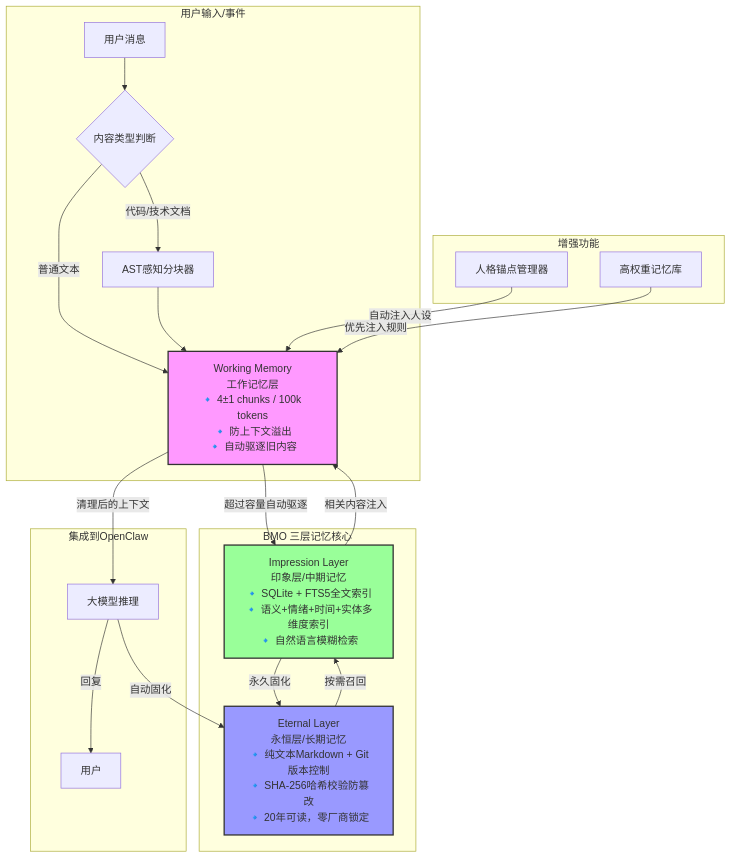
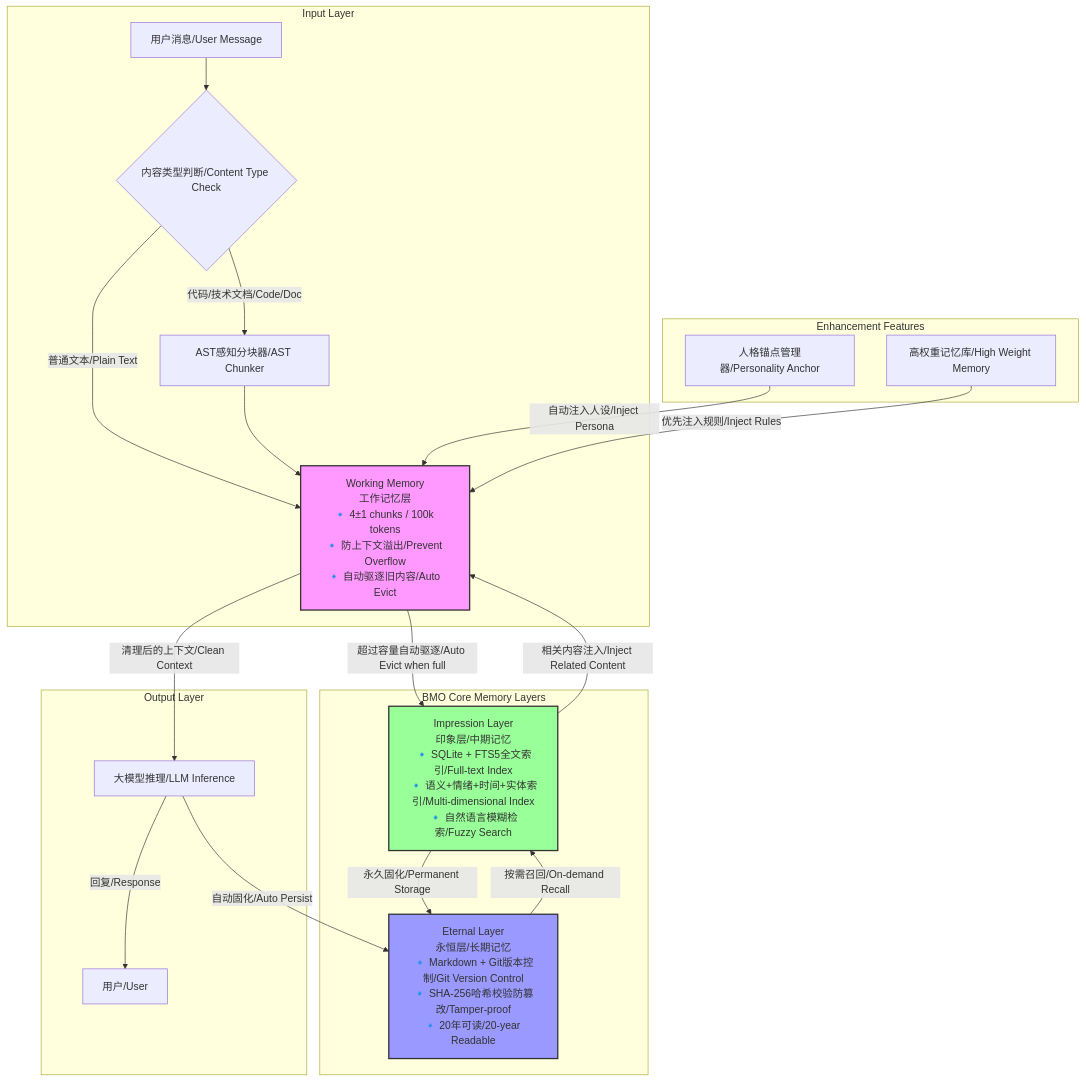
Before and after one commit to sllackking/bio-memory-os: the diagram in README.md, drawn with Mermaid. The commit also changed other lines of this file, not shown here.

Commit message:
docs: 全文档中英双语化 | Full bilingual support for all content

````diff
--- a/README.md
+++ b/README.md
@@ -21,32 +34,32 @@
 ```mermaid
 flowchart TD
-    subgraph 输入层 [用户输入/事件]
-        A[用户消息] --> B{内容类型判断}
-        B -->|普通文本| C[工作记忆层]
-        B -->|代码/技术文档| D[AST感知分块器]
+    subgraph 输入层 [Input Layer]
+        A[用户消息/User Message] --> B{内容类型判断/Content Type Check}
+        B -->|普通文本/Plain Text| C[工作记忆层/Working Memory]
+        B -->|代码/技术文档/Code/Doc| D[AST感知分块器/AST Chunker]
         D --> C
     end
 
-    subgraph 增强功能
-        E[人格锚点管理器] -->|自动注入人设| C
-        F[高权重记忆库] -->|优先注入规则| C
+    subgraph 增强功能 [Enhancement Features]
+        E[人格锚点管理器/Personality Anchor] -->|自动注入人设/Inject Persona| C
+        F[高权重记忆库/High Weight Memory] -->|优先注入规则/Inject Rules| C
     end
 
-    subgraph BMO 三层记忆核心
-        C[Working Memory\n工作记忆层\n🔹 4±1 chunks / 100k tokens\n🔹 防上下文溢出\n🔹 自动驱逐旧内容]
-        C -->|超过容量自动驱逐| G[Impression Layer\n印象层/中期记忆\n🔹 SQLite + FTS5全文索引\n🔹 语义+情绪+时间+实体多维度索引\n🔹 自然语言模糊检索]
-        G -->|永久固化| H[Eternal Layer\n永恒层/长期记忆\n🔹 纯文本Markdown + Git版本控制\n🔹 SHA-256哈希校验防篡改\n🔹 20年可读，零厂商锁定]
-        H -->|按需召回| G
-        G -->|相关内容注入| C
+    subgraph BMO 三层记忆核心 [BMO Core Memory Layers]
+        C[Working Memory\n工作记忆层\n🔹 4±1 chunks / 100k tokens\n🔹 防上下文溢出/Prevent Overflow\n🔹 自动驱逐旧内容/Auto Evict]
+        C -->|超过容量自动驱逐/Auto Evict when full| G[Impression Layer\n印象层/中期记忆\n🔹 SQLite + FTS5全文索引/Full-text Index\n🔹 语义+情绪+时间+实体索引/Multi-dimensional Index\n🔹 自然语言模糊检索/Fuzzy Search]
+        G -->|永久固化/Permanent Storage| H[Eternal Layer\n永恒层/长期记忆\n🔹 Markdown + Git版本控制/Git Version Control\n🔹 SHA-256哈希校验防篡改/Tamper-proof\n🔹 20年可读/20-year Readable]
+        H -->|按需召回/On-demand Recall| G
+        G -->|相关内容注入/Inject Related Content| C
     end
 
-    subgraph 输出层 [集成到OpenClaw]
-        C -->|清理后的上下文| I[大模型推理]
-        I -->|回复| J[用户]
-        I -->|自动固化| H
+    subgraph 输出层 [Output Layer]
+        C -->|清理后的上下文/Clean Context| I[大模型推理/LLM Inference]
+        I -->|回复/Response| J[用户/User]
+        I -->|自动固化/Auto Persist| H
     end
 
     style C fill:#f9f,stroke:#333,stroke-width:2px
     style G fill:#9f9,stroke:#333,stroke-width:2px
     style H fill:#99f,stroke:#333,stroke-width:2px
 ```
````
